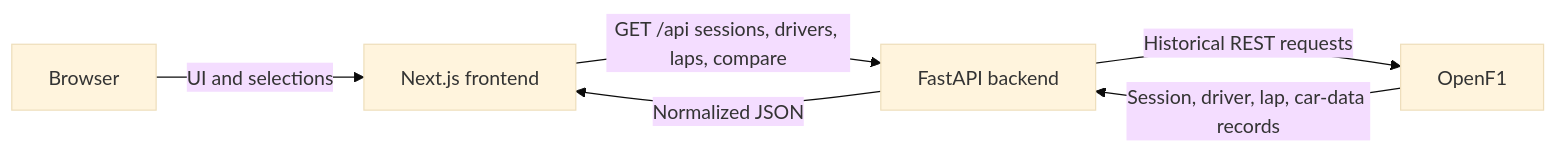
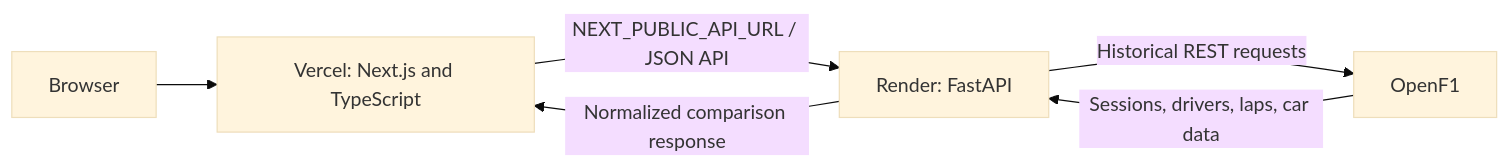
Before and after one commit to thearnavjain/TRACE: the diagram in README.md, drawn with Mermaid (base theme). The commit also changed other lines of this file, not shown here.

````diff
--- a/README.md
+++ b/README.md
@@ -53,8 +49,8 @@
 ```mermaid
 flowchart LR
-  U[Browser] -->|UI and selections| N[Next.js frontend]
-  N -->|GET /api sessions, drivers, laps, compare| F[FastAPI backend]
-  F -->|Historical REST requests| O[OpenF1]
-  O -->|Session, driver, lap, car-data records| F
-  F -->|Normalized JSON| N
+  U[Browser] --> V[Vercel: Next.js and TypeScript]
+  V -->|NEXT_PUBLIC_API_URL / JSON API| R[Render: FastAPI]
+  R -->|Historical REST requests| O[OpenF1]
+  O -->|Sessions, drivers, laps, car data| R
+  R -->|Normalized comparison response| V
 ```
````
